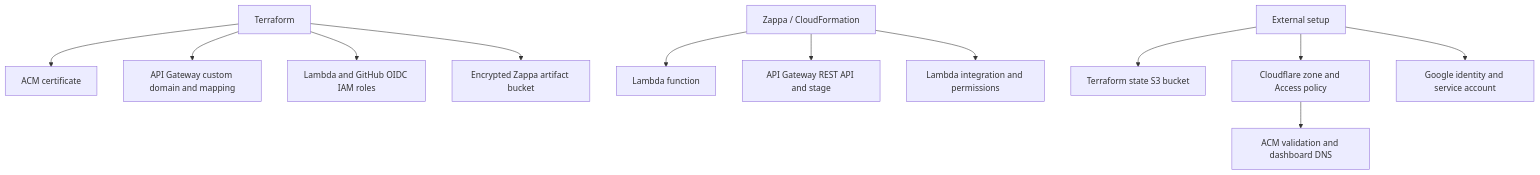
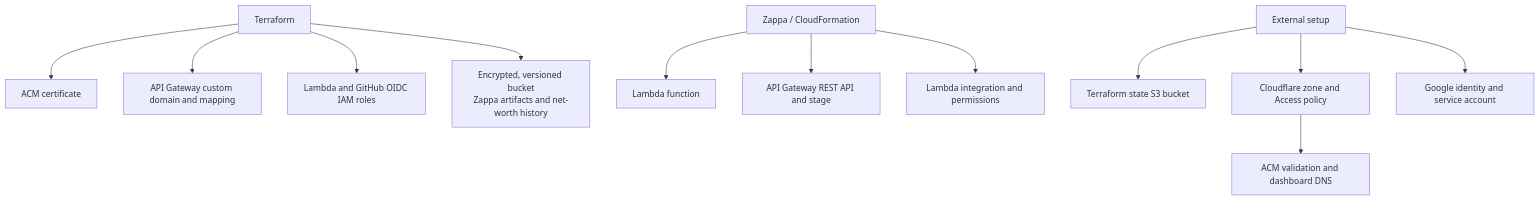
One commit to praveenkumarv-github/portfolio changed the second of 3 diagrams in README.md. Above: the diagram before and after it, drawn with Mermaid. The commit also changed other lines of this file and 43 other files, not shown here.

First line of the commit message:
feat: Implement net worth history management with S3 integration

````diff
--- a/README.md
+++ b/README.md
@@ -50,16 +54,16 @@
 ```mermaid
 flowchart TB
     TF[Terraform] --> ACM[ACM certificate]
     TF --> DOMAIN[API Gateway custom domain and mapping]
     TF --> IAM[Lambda and GitHub OIDC IAM roles]
-    TF --> S3[Encrypted Zappa artifact bucket]
+    TF --> S3[Encrypted, versioned bucket<br/>Zappa artifacts and net-worth history]
 
     Z[Zappa / CloudFormation] --> LAMBDA[Lambda function]
     Z --> REST[API Gateway REST API and stage]
     Z --> INVOKE[Lambda integration and permissions]
 
     EXT[External setup] --> BACKEND[Terraform state S3 bucket]
     EXT --> CF[Cloudflare zone and Access policy]
     CF --> DNS[ACM validation and dashboard DNS]
     EXT --> GOOGLE[Google identity and service account]
 ```
````
